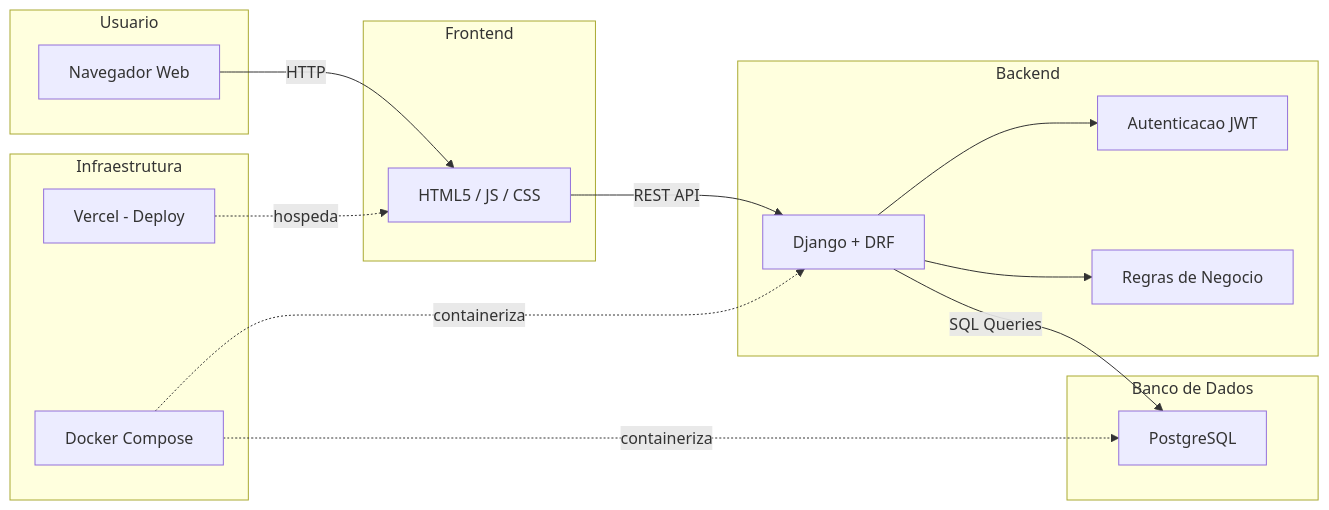
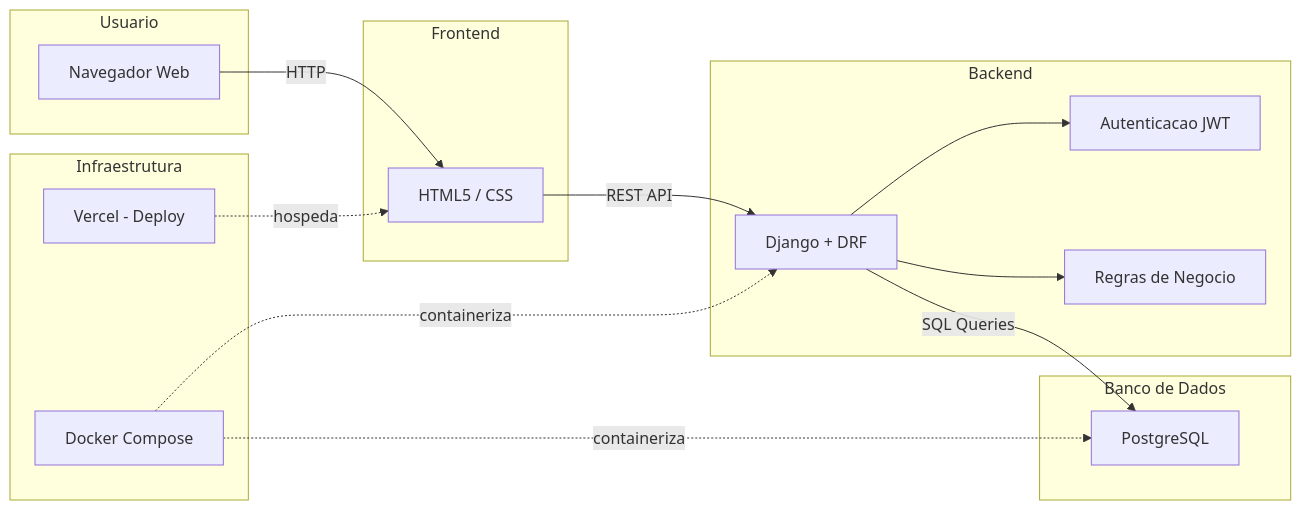
One commit to FCTE-Qualidade-de-Software-1/2026-1_T01_FRANS_BILAS changed the diagram in docs/fase1/descricao.md. Above: the diagram before and after it, drawn with Mermaid. The commit also changed other lines of this file and 2 other files, not shown here.

````diff
--- a/docs/fase1/descricao.md
+++ b/docs/fase1/descricao.md
@@ -64,34 +64,34 @@
 ```mermaid
 graph LR
     subgraph Usuario
         U["Navegador Web"]
     end
 
     subgraph Frontend
-        FE["HTML5 / JS / CSS"]
+        FE["HTML5 / CSS"]
     end
 
     subgraph Backend
         API["Django + DRF"]
         AUTH["Autenticacao JWT"]
         BL["Regras de Negocio"]
     end
 
     subgraph Banco de Dados
         DB["PostgreSQL"]
     end
 
     subgraph Infraestrutura
         DOCKER["Docker Compose"]
         VERCEL["Vercel - Deploy"]
     end
 
     U -->|"HTTP"| FE
     FE -->|"REST API"| API
     API --> AUTH
     API --> BL
     API -->|"SQL Queries"| DB
     DOCKER -.->|"containeriza"| API
     DOCKER -.->|"containeriza"| DB
     VERCEL -.->|"hospeda"| FE
 ```
````
